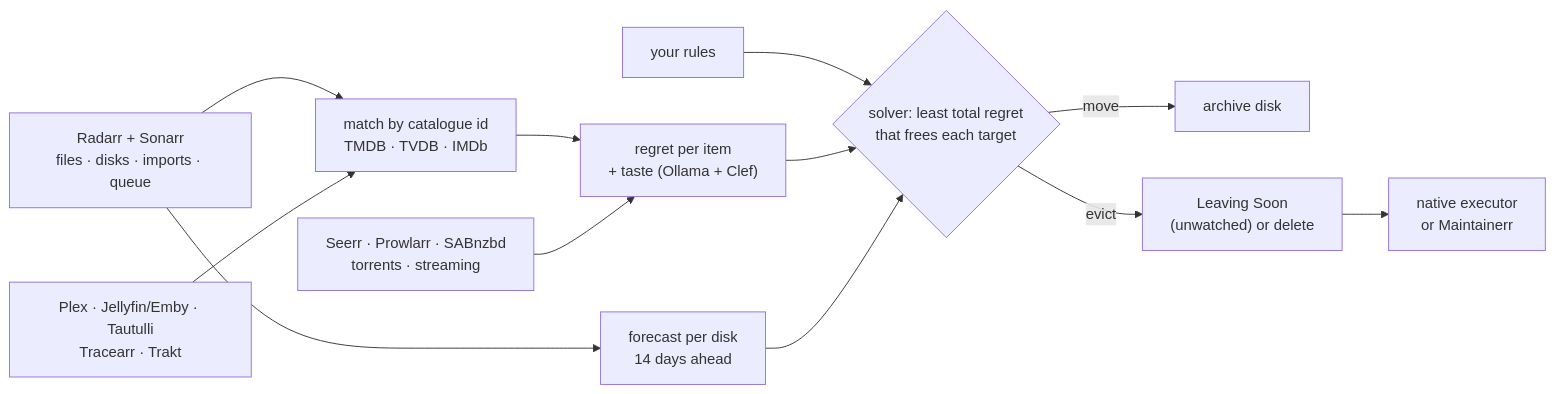
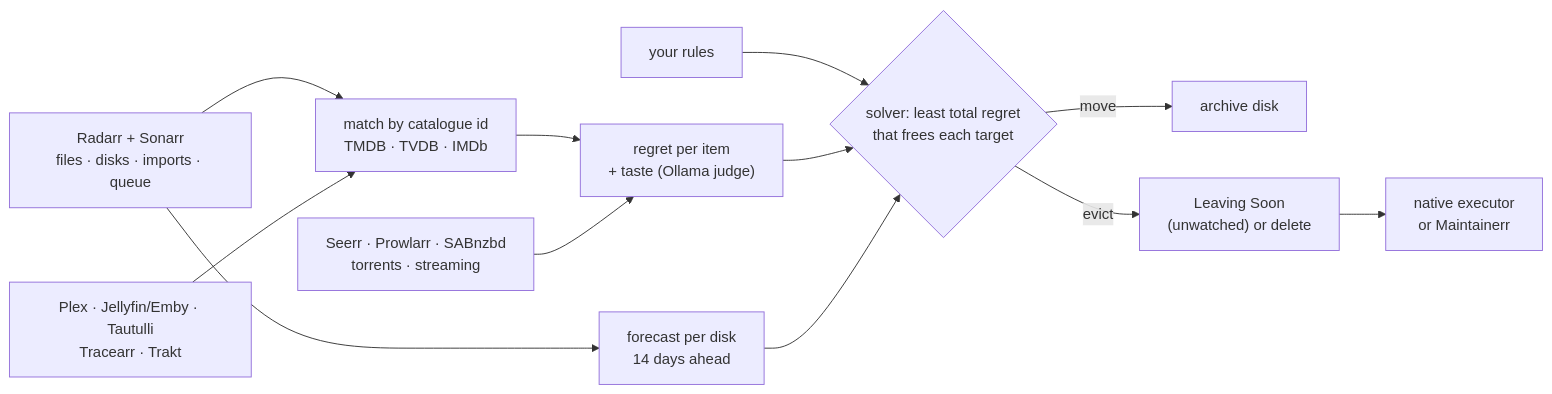
The diagram in README.md (tobhoster/flinch), drawn with Mermaid before and after one commit. The commit also changed other lines of this file and 28 other files, not shown here.

````diff
--- a/README.md
+++ b/README.md
@@ -148,14 +148,14 @@
 ```mermaid
 flowchart LR
     ARR["Radarr + Sonarr<br/>files · disks · imports · queue"] --> ID["match by catalogue id<br/>TMDB · TVDB · IMDb"]
     PX["Plex · Jellyfin/Emby · Tautulli<br/>Tracearr · Trakt"] --> ID
-    ID --> R["regret per item<br/>+ taste (Ollama + Clef)"]
+    ID --> R["regret per item<br/>+ taste (Ollama judge)"]
     EXT["Seerr · Prowlarr · SABnzbd<br/>torrents · streaming"] --> R
     ARR --> FC["forecast per disk<br/>14 days ahead"]
     RU["your rules"] --> S
     R --> S{"solver: least total regret<br/>that frees each target"}
     FC --> S
     S -- "move" --> AR["archive disk"]
     S -- "evict" --> LS["Leaving Soon<br/>(unwatched) or delete"]
     LS --> M["native executor<br/>or Maintainerr"]
 ```
````
